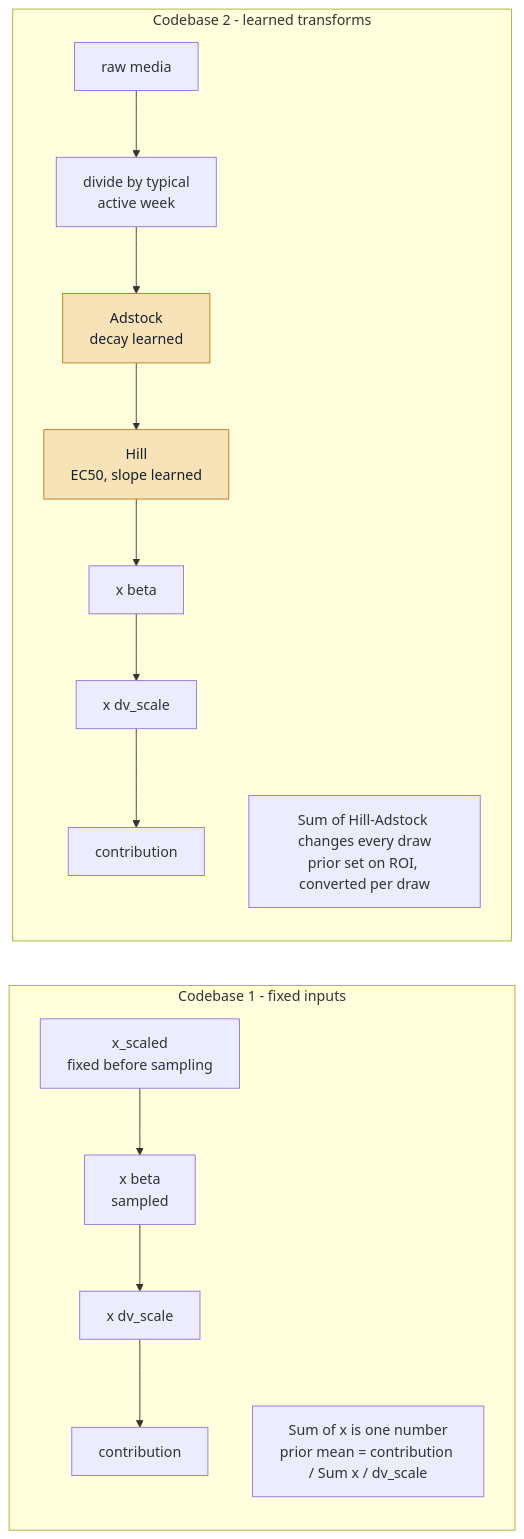
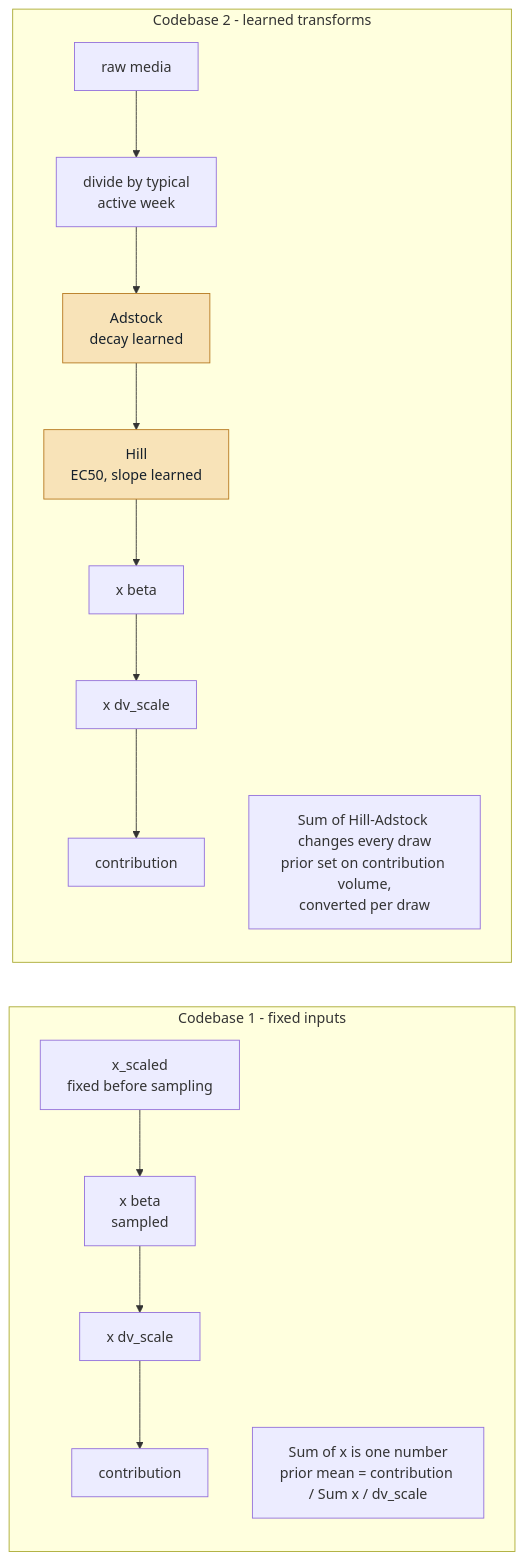
The second of 8 diagrams in codebase2_full_mmm/docs/PHASE2_ARCHITECTURE.md (Ikshvaku24/mmm), drawn with Mermaid before and after one commit. The commit also changed other lines of this file and 3 other files, not shown here.

````diff
--- a/codebase2_full_mmm/docs/PHASE2_ARCHITECTURE.md
+++ b/codebase2_full_mmm/docs/PHASE2_ARCHITECTURE.md
@@ -301,17 +323,17 @@
 ```mermaid
 flowchart LR
     subgraph ONE["Codebase 1 - fixed inputs"]
         X1["x_scaled<br/>fixed before sampling"] --> B1["x beta<br/>sampled"]
         B1 --> D1["x dv_scale"] --> C1["contribution"]
         N1["Sum of x is one number<br/>prior mean = contribution / Sum x / dv_scale"]
     end
     subgraph TWO["Codebase 2 - learned transforms"]
         X2["raw media"] --> SC2["divide by typical<br/>active week"]
         SC2 --> AD2["Adstock<br/>decay learned"]
         AD2 --> H2["Hill<br/>EC50, slope learned"]
         H2 --> B2["x beta"] --> D2["x dv_scale"] --> C2["contribution"]
-        N2["Sum of Hill-Adstock changes every draw<br/>prior set on ROI, converted per draw"]
+        N2["Sum of Hill-Adstock changes every draw<br/>prior set on contribution volume,<br/>converted per draw"]
     end
     classDef learned fill:#F8E3B8,stroke:#B7791F,color:#16202B
     class AD2,H2 learned
 ```
````
